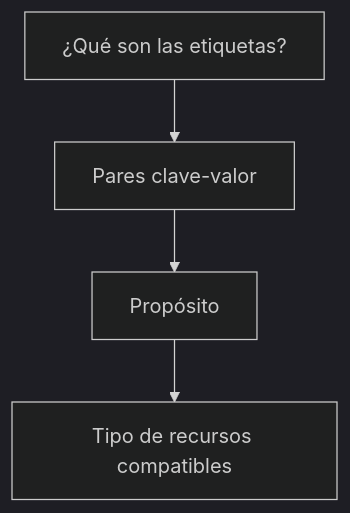
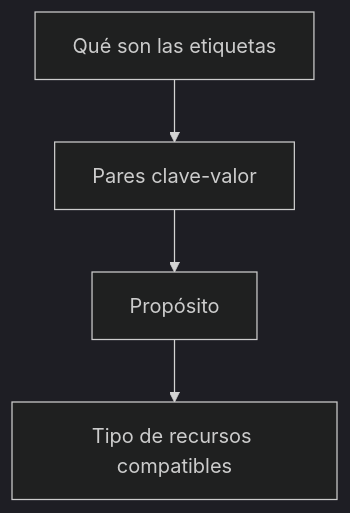
The second of 5 diagrams in Apply and manage tags on resources.md (fedesantamarina/az-104), drawn with Mermaid (dark theme) before and after one commit.

````diff
--- a/Apply and manage tags on resources.md
+++ b/Apply and manage tags on resources.md
@@ -19,6 +19,6 @@
 ```mermaid
 graph TD;
-  A[¿Qué son las etiquetas?] --> B[Pares clave-valor]
+  A[Qué son las etiquetas] --> B[Pares clave-valor]
   B --> C[Propósito]
   C --> D[Tipo de recursos compatibles]
 ```
````
